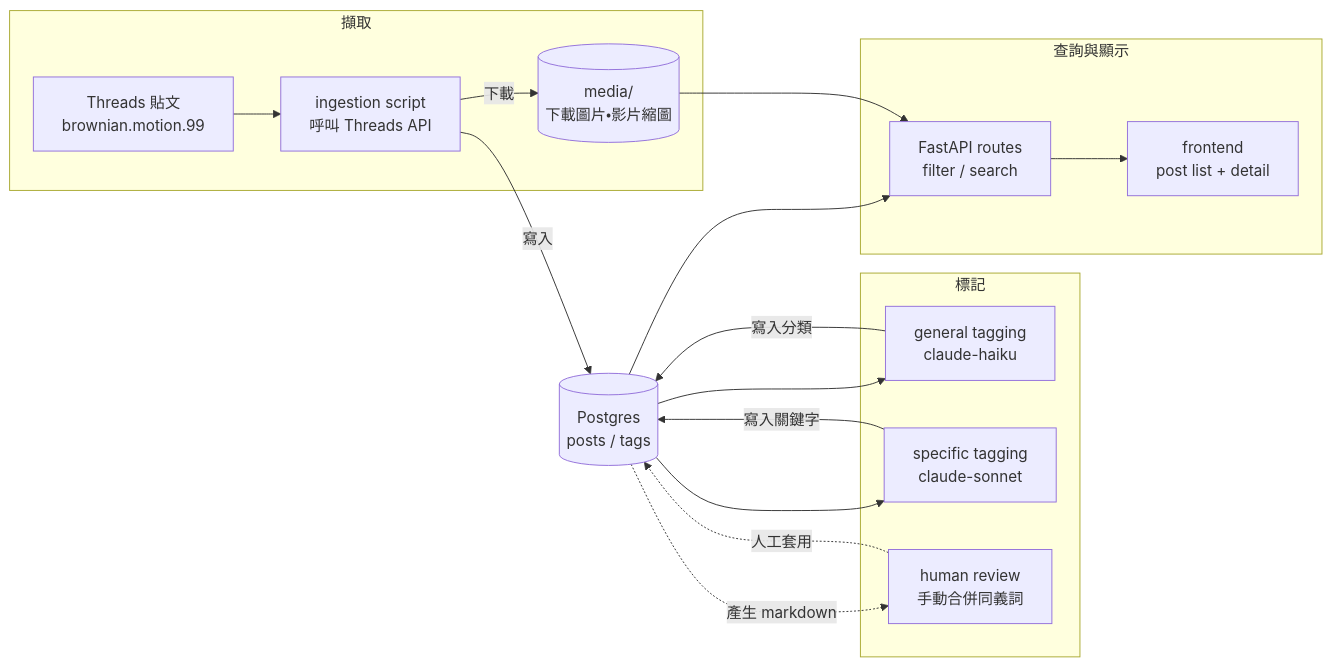
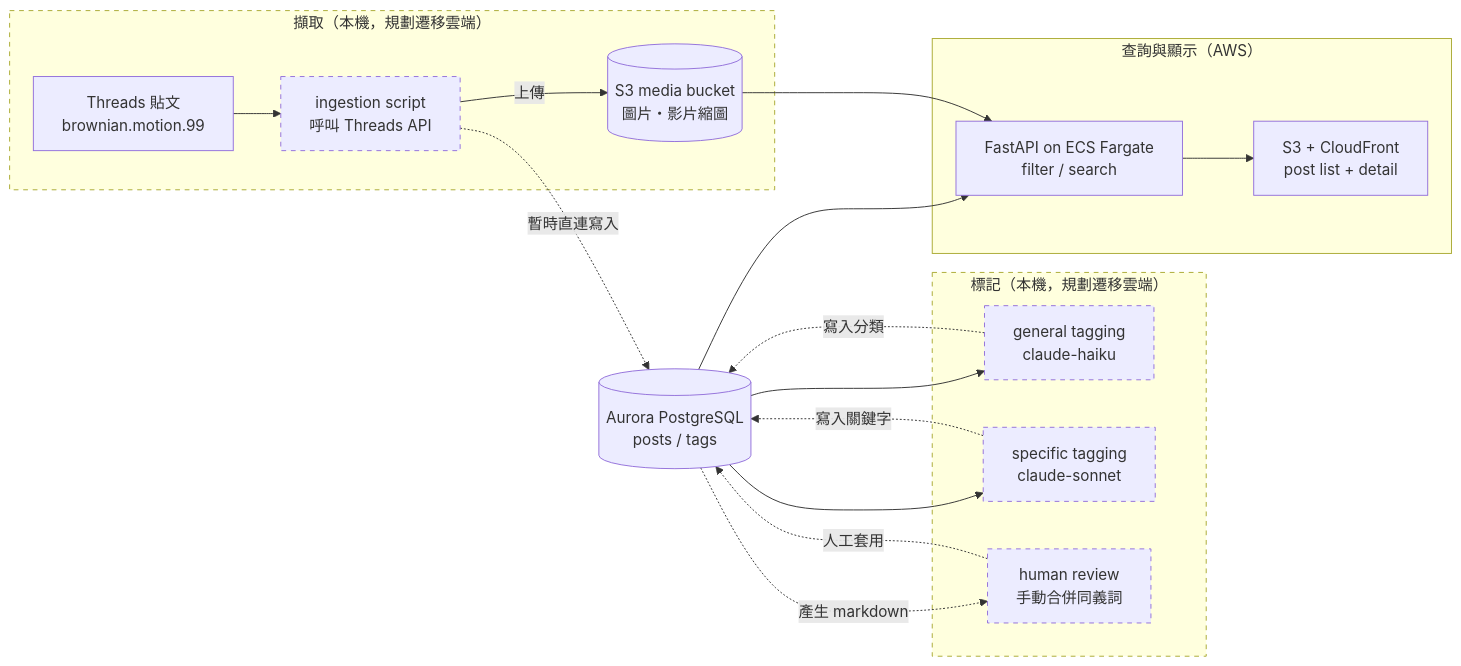
Before and after one commit to Brownian-Motion-99/threads-backup: the second of 3 diagrams in README.md, drawn with Mermaid. The commit also changed other lines of this file, not shown here.

Commit message:
update: aws-included architecture

````diff
--- a/README.md
+++ b/README.md
@@ -52,34 +72,37 @@
 ```mermaid
 flowchart LR
-    subgraph ingest["擷取"]
+    subgraph ingest["擷取（本機，規劃遷移雲端）"]
         Threads["Threads 貼文<br/>brownian.motion.99"]
         Ingest["ingestion script<br/>呼叫 Threads API"]
-        Media[("media/<br/>下載圖片・影片縮圖")]
+        Media[("S3 media bucket<br/>圖片・影片縮圖")]
     end
 
-    subgraph tag["標記"]
+    subgraph tag["標記（本機，規劃遷移雲端）"]
         Haiku["general tagging<br/>claude-haiku"]
         Sonnet["specific tagging<br/>claude-sonnet"]
         Review["human review<br/>手動合併同義詞"]
     end
 
-    DB[("Postgres<br/>posts / tags")]
+    DB[("Aurora PostgreSQL<br/>posts / tags")]
 
-    subgraph serve["查詢與顯示"]
-        API["FastAPI routes<br/>filter / search"]
-        Frontend["frontend<br/>post list + detail"]
+    subgraph serve["查詢與顯示（AWS）"]
+        API["FastAPI on ECS Fargate<br/>filter / search"]
+        Frontend["S3 + CloudFront<br/>post list + detail"]
     end
 
     Threads --> Ingest
-    Ingest -->|寫入| DB
-    Ingest -->|下載| Media
+    Ingest -.->|暫時直連寫入| DB
+    Ingest -->|上傳| Media
     DB --> Haiku
-    Haiku -->|寫入分類| DB
+    Haiku -.->|寫入分類| DB
     DB --> Sonnet
-    Sonnet -->|寫入關鍵字| DB
+    Sonnet -.->|寫入關鍵字| DB
     DB -.->|產生 markdown| Review
     Review -.->|人工套用| DB
     DB --> API
     Media --> API
     API --> Frontend
+
+    classDef planned stroke-dasharray: 5 5
+    class ingest,tag,Ingest,Haiku,Sonnet,Review planned
 ```
````
